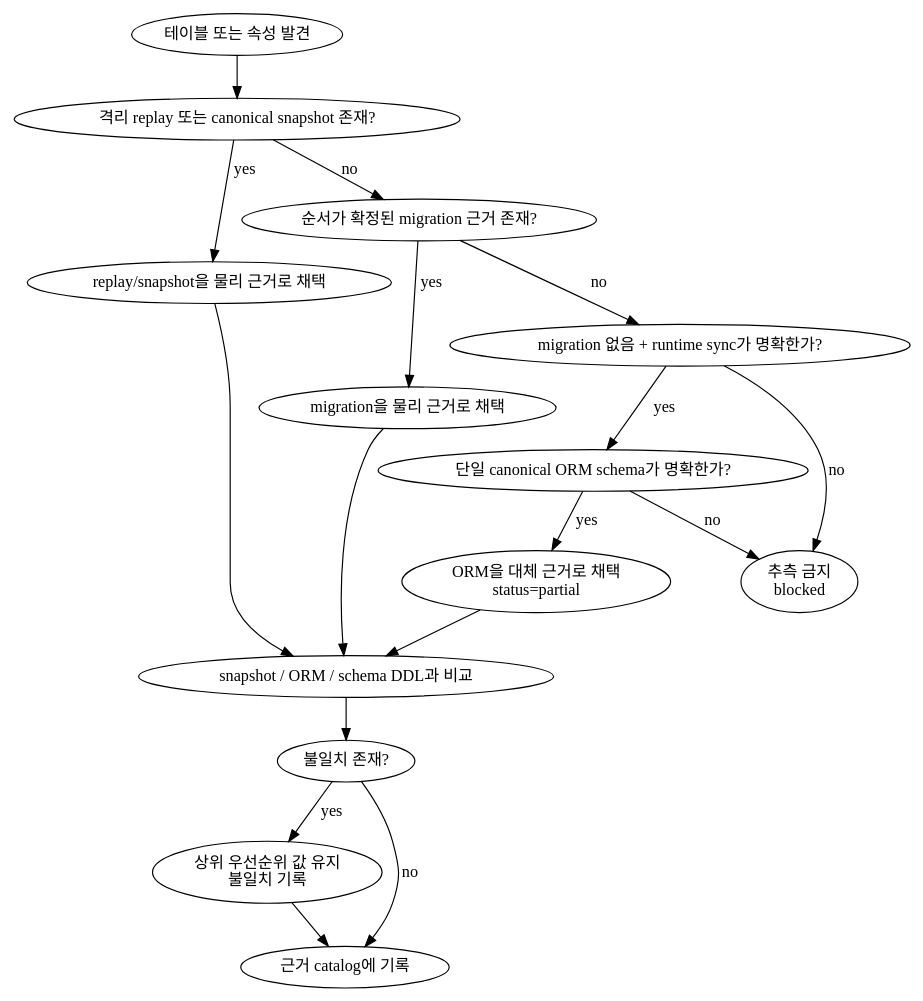
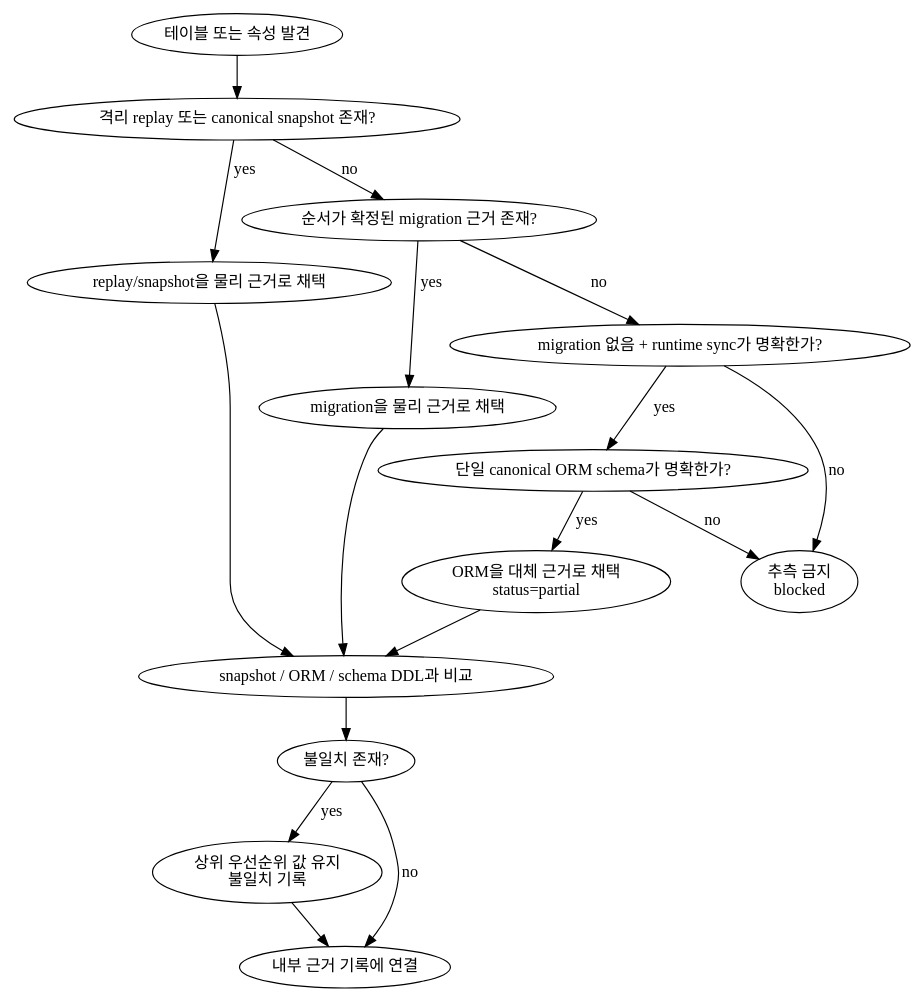
One commit to NohYusung/yusung-harness changed the diagram in .codex/skills/db/references/db-source-discovery.md. Above: the diagram before and after it, drawn with Graphviz. The commit also changed other lines of this file and 4 other files, not shown here.

````diff
--- a/.codex/skills/db/references/db-source-discovery.md
+++ b/.codex/skills/db/references/db-source-discovery.md
@@ -102,34 +102,34 @@
 ```dot
 digraph db_source_selection {
   start [label="테이블 또는 속성 발견"];
   canonical [label="격리 replay 또는 canonical snapshot 존재?"];
   use_canonical [label="replay/snapshot을 물리 근거로 채택"];
   migration [label="순서가 확정된 migration 근거 존재?"];
   use_migration [label="migration을 물리 근거로 채택"];
   runtime_sync [label="migration 없음 + runtime sync가 명확한가?"];
   canonical_orm [label="단일 canonical ORM schema가 명확한가?"];
   use_orm [label="ORM을 대체 근거로 채택\nstatus=partial"];
   unresolved [label="추측 금지\nblocked"];
   compare [label="snapshot / ORM / schema DDL과 비교"];
   mismatch [label="불일치 존재?"];
   conflict [label="상위 우선순위 값 유지\n불일치 기록"];
-  verified [label="근거 catalog에 기록"];
+  verified [label="내부 근거 기록에 연결"];
 
   start -> canonical;
   canonical -> use_canonical [label="yes"];
   canonical -> migration [label="no"];
   migration -> use_migration [label="yes"];
   migration -> runtime_sync [label="no"];
   runtime_sync -> canonical_orm [label="yes"];
   runtime_sync -> unresolved [label="no"];
   canonical_orm -> use_orm [label="yes"];
   canonical_orm -> unresolved [label="no"];
   use_canonical -> compare;
   use_migration -> compare;
   use_orm -> compare;
   compare -> mismatch;
   mismatch -> conflict [label="yes"];
   mismatch -> verified [label="no"];
   conflict -> verified;
 }
 ```
````
